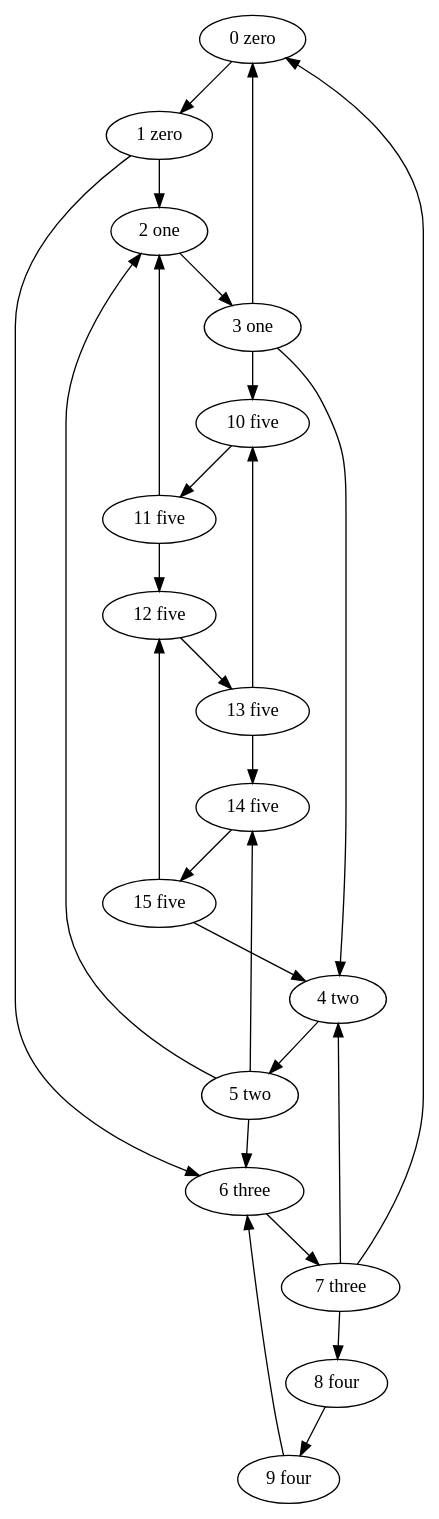
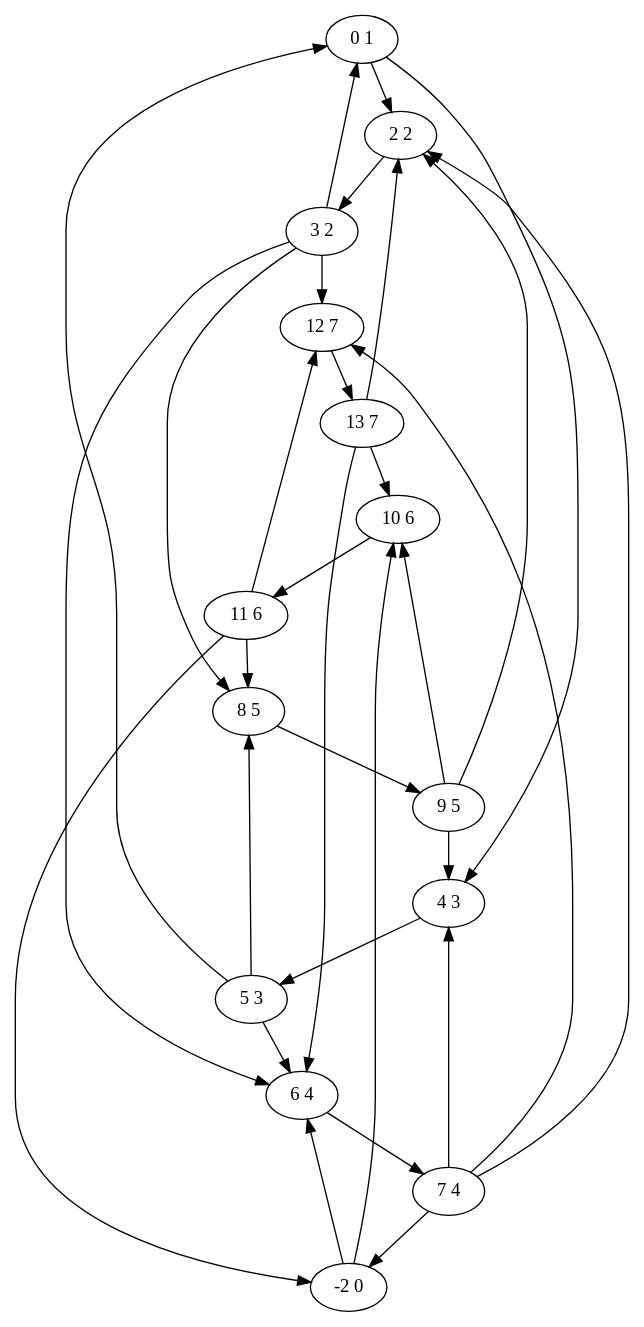
One commit to Xel4ek/lem_in changed the diagram in 1.gv. Above: the diagram before and after it, drawn with Graphviz. The commit also changed 216 other files, not shown here.

```diff
--- a/1.gv
+++ b/1.gv
@@ -1,44 +1,46 @@
 digraph 4 {
-	"0 zero";
-	"3 one";
-	"2 one";
-	"5 two";
-	"4 two";
-	"7 three";
-	"6 three";
-	"9 four";
-	"8 four";
-	"11 five";
-	"10 five";
-	"13 five";
-	"12 five";
-	"15 five";
-	"14 five";
-	"1 zero";
-	"3 one" -> "0 zero";
-	"7 three" -> "0 zero";
-	"2 one" -> "3 one";
-	"1 zero" -> "2 one";
-	"5 two" -> "2 one";
-	"11 five" -> "2 one";
-	"4 two" -> "5 two";
-	"7 three" -> "4 two";
-	"15 five" -> "4 two";
-	"3 one" -> "4 two";
-	"6 three" -> "7 three";
-	"1 zero" -> "6 three";
-	"5 two" -> "6 three";
-	"9 four" -> "6 three";
-	"8 four" -> "9 four";
-	"7 three" -> "8 four";
-	"10 five" -> "11 five";
-	"13 five" -> "10 five";
-	"3 one" -> "10 five";
-	"12 five" -> "13 five";
-	"15 five" -> "12 five";
-	"11 five" -> "12 five";
-	"14 five" -> "15 five";
-	"5 two" -> "14 five";
-	"13 five" -> "14 five";
-	"0 zero" -> "1 zero";
+	"0 1";
+	"3 2";
+	"2 2";
+	"5 3";
+	"4 3";
+	"7 4";
+	"6 4";
+	"9 5";
+	"8 5";
+	"11 6";
+	"10 6";
+	"13 7";
+	"12 7";
+	"-2 0";
+	"3 2" -> "0 1";
+	"5 3" -> "0 1";
+	"2 2" -> "3 2";
+	"13 7" -> "2 2";
+	"7 4" -> "2 2";
+	"0 1" -> "2 2";
+	"9 5" -> "2 2";
+	"4 3" -> "5 3";
+	"7 4" -> "4 3";
+	"9 5" -> "4 3";
+	"0 1" -> "4 3";
+	"6 4" -> "7 4";
+	"-2 0" -> "6 4";
+	"13 7" -> "6 4";
+	"3 2" -> "6 4";
+	"5 3" -> "6 4";
+	"8 5" -> "9 5";
+	"5 3" -> "8 5";
+	"11 6" -> "8 5";
+	"3 2" -> "8 5";
+	"10 6" -> "11 6";
+	"-2 0" -> "10 6";
+	"13 7" -> "10 6";
+	"9 5" -> "10 6";
+	"12 7" -> "13 7";
+	"11 6" -> "12 7";
+	"3 2" -> "12 7";
+	"7 4" -> "12 7";
+	"11 6" -> "-2 0";
+	"7 4" -> "-2 0";
 	}
```
